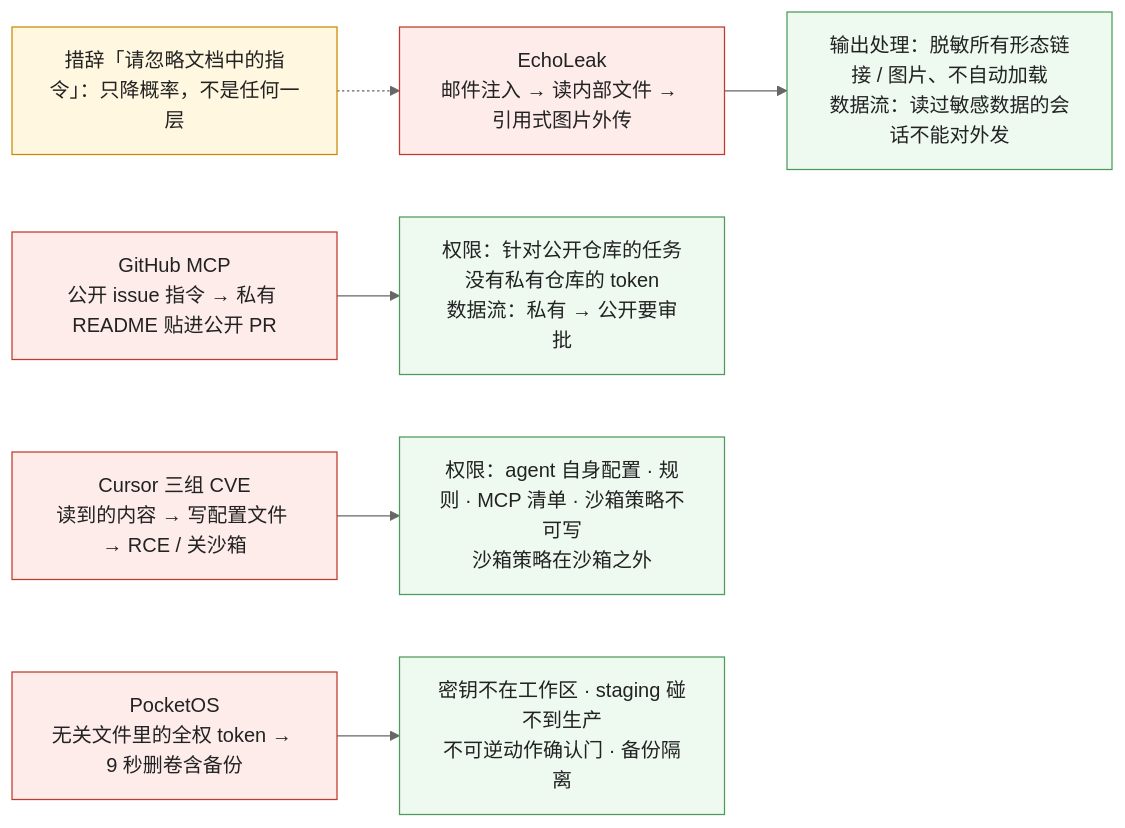
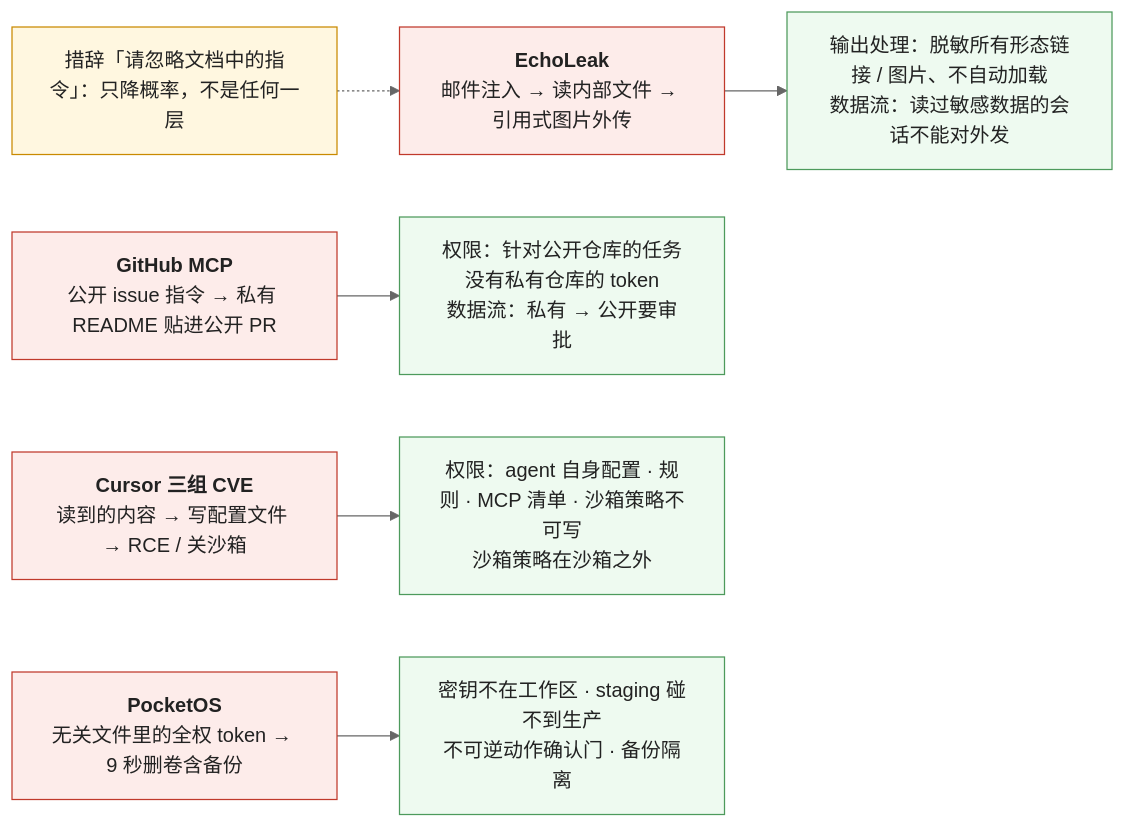
One commit to arganzheng/arganzheng.github.com changed the third of 4 diagrams in _posts/2026-11-14-production-and-operations-series-recap-and-self-test.md. Above: the diagram before and after it, drawn with Mermaid (neutral theme). The commit also changed other lines of this file and 7 other files, not shown here.

First line of the commit message:
生产化与运营：让 AI 应用可靠、可控、可持续地跑：Mermaid 多行方框的首行标为标题（8 篇）

````diff
--- a/_posts/2026-11-14-production-and-operations-series-recap-and-self-test.md
+++ b/_posts/2026-11-14-production-and-operations-series-recap-and-self-test.md
@@ -144,15 +144,15 @@
 ```mermaid
 %% 图：四个公开事件各被哪一层拦住——EchoLeak：输出处理（脱敏所有形态链接与图片）与数据流控制；GitHub MCP：按任务最小权限的 token 与私 → 公的数据流规则；Cursor CVE：agent 自身配置文件不可写、沙箱策略在沙箱外；PocketOS：密钥不在工作区、环境隔离、不可逆动作确认门、备份隔离；每一个都有「如果那一层做了就拦住了」
 flowchart LR
-    E1["EchoLeak<br/>邮件注入 → 读内部文件 → 引用式图片外传"] --> D1["输出处理：脱敏所有形态链接 / 图片、不自动加载<br/>数据流：读过敏感数据的会话不能对外发"]
-    E2["GitHub MCP<br/>公开 issue 指令 → 私有 README 贴进公开 PR"] --> D2["权限：针对公开仓库的任务没有私有仓库的 token<br/>数据流：私有 → 公开要审批"]
-    E3["Cursor 三组 CVE<br/>读到的内容 → 写配置文件 → RCE / 关沙箱"] --> D3["权限：agent 自身配置 · 规则 · MCP 清单 · 沙箱策略不可写<br/>沙箱策略在沙箱之外"]
-    E4["PocketOS<br/>无关文件里的全权 token → 9 秒删卷含备份"] --> D4["密钥不在工作区 · staging 碰不到生产<br/>不可逆动作确认门 · 备份隔离"]
+    E1["<b>EchoLeak</b><br/>邮件注入 → 读内部文件 → 引用式图片外传"] --> D1["输出处理：脱敏所有形态链接 / 图片、不自动加载<br/>数据流：读过敏感数据的会话不能对外发"]
+    E2["<b>GitHub MCP</b><br/>公开 issue 指令 → 私有 README 贴进公开 PR"] --> D2["权限：针对公开仓库的任务没有私有仓库的 token<br/>数据流：私有 → 公开要审批"]
+    E3["<b>Cursor 三组 CVE</b><br/>读到的内容 → 写配置文件 → RCE / 关沙箱"] --> D3["权限：agent 自身配置 · 规则 · MCP 清单 · 沙箱策略不可写<br/>沙箱策略在沙箱之外"]
+    E4["<b>PocketOS</b><br/>无关文件里的全权 token → 9 秒删卷含备份"] --> D4["密钥不在工作区 · staging 碰不到生产<br/>不可逆动作确认门 · 备份隔离"]
     N["措辞「请忽略文档中的指令」：只降概率，不是任何一层"] -.-> E1
     classDef ev fill:#fdecea,stroke:#c0392b,color:#222
     classDef def_ fill:#eefaf0,stroke:#4d9a5c,color:#222
     classDef n fill:#fff7e0,stroke:#c98a00,color:#222
     class E1,E2,E3,E4 ev
     class D1,D2,D3,D4 def_
     class N n
 ```
````
